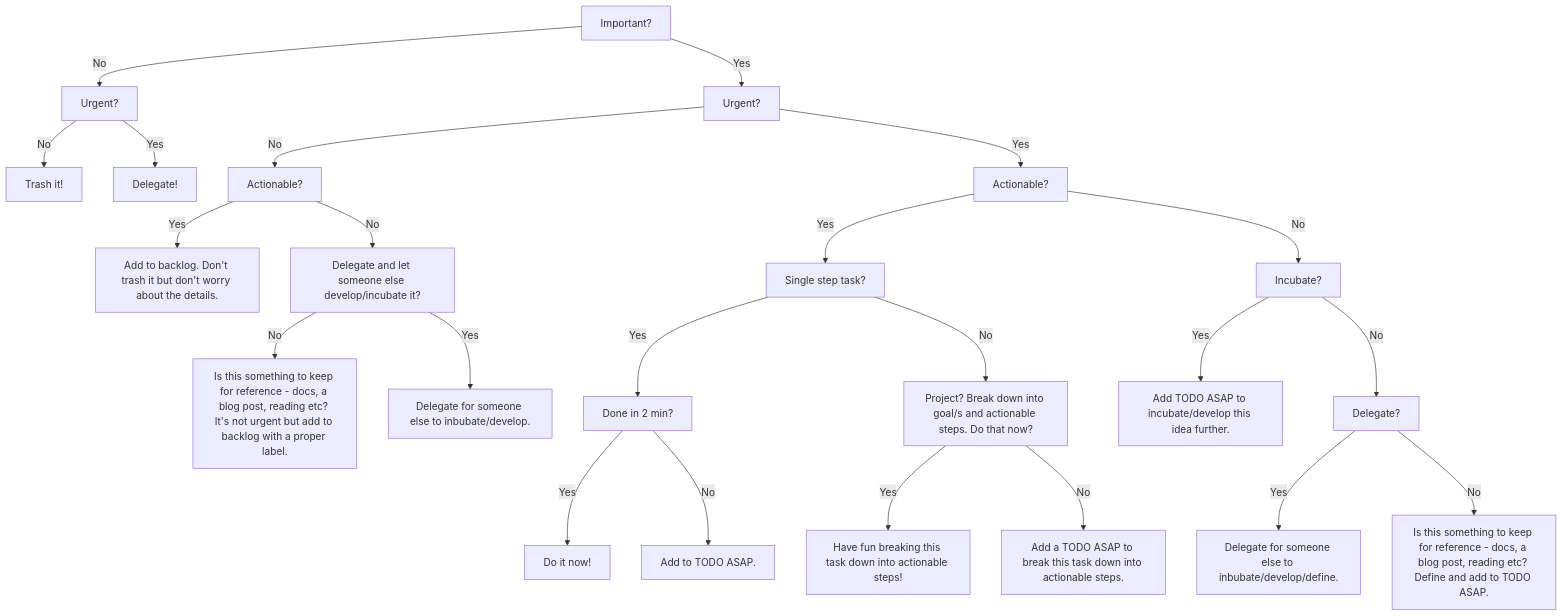
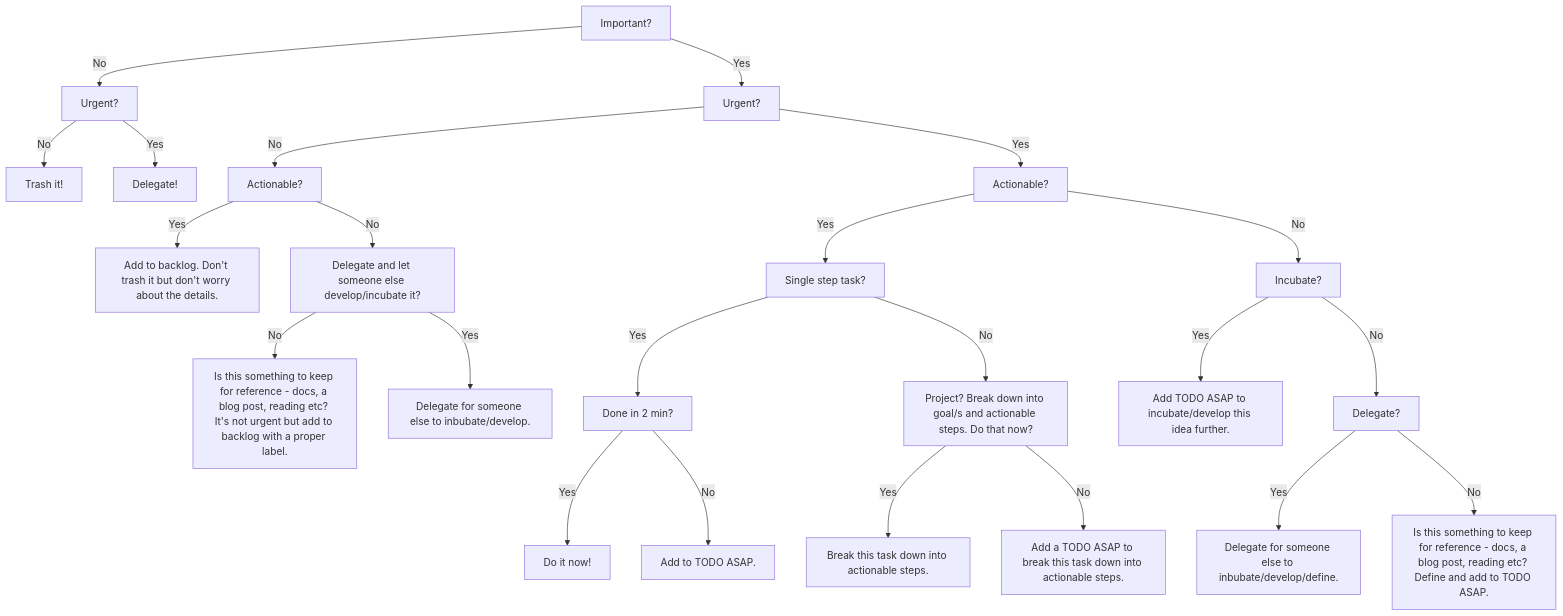
Before and after one commit to davidberglund/getting_things_done: the diagram in gtd.mmd, drawn with Mermaid. The commit also changed 1 other file, not shown here.

```diff
--- a/gtd.mmd
+++ b/gtd.mmd
@@ -1,33 +1,33 @@
 graph TD
     Important[Important?]
 
     Important -->|No| ImportantNoUrgent[Urgent?]
     Important -->|Yes| ImportantYesUrgent[Urgent?]
 
     ImportantNoUrgent -->|No| ImportantNoUrgentNo[Trash it!]
     ImportantNoUrgent -->|Yes| ImportantNoUrgentYesActionable[Delegate!]
 
     ImportantYesUrgent -->|No| ImportantYesUrgentNoActionable[Actionable?]
     ImportantYesUrgent -->|Yes| ImportantYesUrgentYesActionable[Actionable?]
 
     ImportantYesUrgentNoActionable -->|Yes| ImportantYesUrgentNoActionableYes[Add to backlog. Don't trash it but don't worry about the details.]
     ImportantYesUrgentNoActionable -->|No| ImportantYesUrgentNoActionableNoDelegate[Delegate and let someone else develop/incubate it?]
     ImportantYesUrgentNoActionableNoDelegate -->|No| ImportantYesUrgentNoActionableNoDelegateNo[Is this something to keep for reference - docs, a blog post, reading etc? It's not urgent but add to backlog with a proper label.]
     ImportantYesUrgentNoActionableNoDelegate -->|Yes| ImportantYesUrgentNoActionableNoDelegateYes[Delegate for someone else to inbubate/develop.]
 
     ImportantYesUrgentYesActionable -->|Yes| ImportantYesUrgentYesActionableYesSingleStepTask[Single step task?]
     ImportantYesUrgentYesActionable -->|No| ImportantYesUrgentYesActionableNoIncubate[Incubate?]
     
     ImportantYesUrgentYesActionableYesSingleStepTask -->|Yes| ImportantYesUrgentYesActionableYesSingleStepTaskYesDoneIn2Mins[Done in 2 min?]
     ImportantYesUrgentYesActionableYesSingleStepTask -->|No| ImportantYesUrgentYesActionableYesSingleStepTaskNoIncubateNow[Project? Break down into goal/s and actionable steps. Do that now?]
-    ImportantYesUrgentYesActionableYesSingleStepTaskNoIncubateNow -->|Yes| ImportantYesUrgentYesActionableYesSingleStepTaskNoIncubateNowYes[Have fun breaking this task down into actionable steps!]
+    ImportantYesUrgentYesActionableYesSingleStepTaskNoIncubateNow -->|Yes| ImportantYesUrgentYesActionableYesSingleStepTaskNoIncubateNowYes[Break this task down into actionable steps.]
     ImportantYesUrgentYesActionableYesSingleStepTaskNoIncubateNow -->|No| ImportantYesUrgentYesActionableYesSingleStepTaskNoIncubateNowNo[Add a TODO ASAP to break this task down into actionable steps.]
 
     ImportantYesUrgentYesActionableYesSingleStepTaskYesDoneIn2Mins -->|Yes| ImportantYesUrgentYesActionableYesSingleStepTaskYesDoneIn2MinsYes[Do it now!]
     ImportantYesUrgentYesActionableYesSingleStepTaskYesDoneIn2Mins -->|No| ImportantYesUrgentYesActionableYesSingleStepTaskYesDoneIn2MinsNo[Add to TODO ASAP.]
 
     ImportantYesUrgentYesActionableNoIncubate -->|Yes| ImportantYesUrgentYesActionableNoIncubateYes[Add TODO ASAP to incubate/develop this idea further.]
     ImportantYesUrgentYesActionableNoIncubate -->|No| ImportantYesUrgentYesActionableNoIncubateNoDelegate[Delegate?]
 
     ImportantYesUrgentYesActionableNoIncubateNoDelegate -->|Yes| ImportantYesUrgentYesActionableNoIncubateNoDelegateYes[Delegate for someone else to inbubate/develop/define.] 
     ImportantYesUrgentYesActionableNoIncubateNoDelegate -->|No| ImportantYesUrgentYesActionableNoIncubateNoDelegateNo[Is this something to keep for reference - docs, a blog post, reading etc? Define and add to TODO ASAP.]
```
